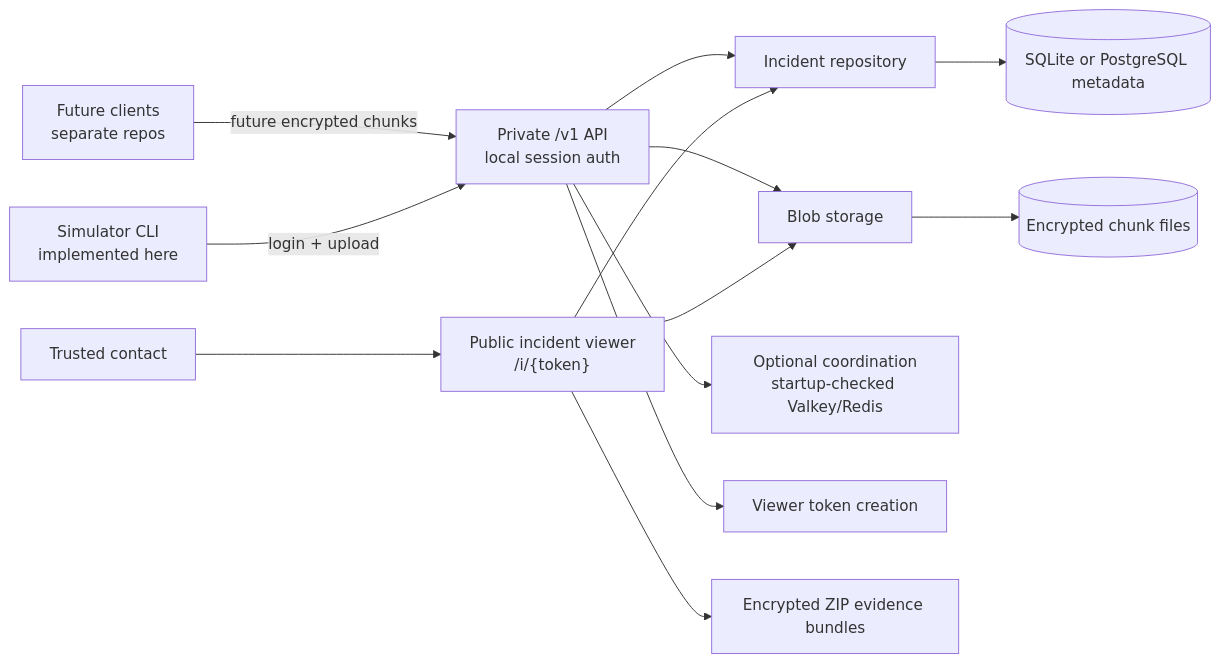
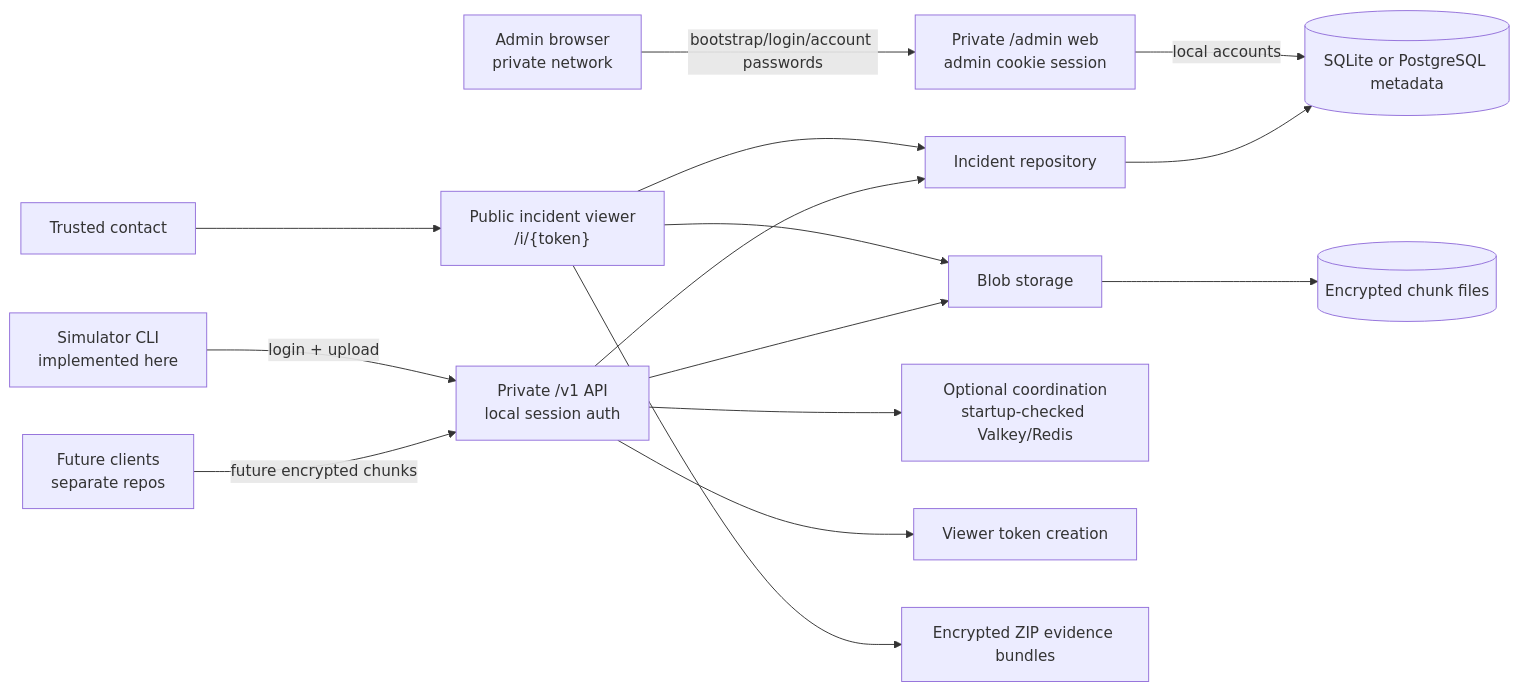
One commit to open-proofline/server changed the first of 4 diagrams in docs/architecture.md. Above: the diagram before and after it, drawn with Mermaid. The commit also changed other lines of this file and 19 other files, not shown here.

Commit message:
Add private admin web interface

````diff
--- a/docs/architecture.md
+++ b/docs/architecture.md
@@ -18,15 +18,17 @@
 ```mermaid
 flowchart LR
     FutureClients["Future clients<br/>separate repos"] -->|"future encrypted chunks"| PrivateAPI["Private /v1 API<br/>local session auth"]
+    Operator["Admin browser<br/>private network"] -->|"bootstrap/login/account passwords"| AdminWeb["Private /admin web<br/>admin cookie session"]
     Simulator["Simulator CLI<br/>implemented here"] -->|"login + upload"| PrivateAPI
     PrivateAPI --> Repo["Incident repository"]
     Repo --> DB[(SQLite or PostgreSQL metadata)]
+    AdminWeb -->|"local accounts"| DB
     PrivateAPI --> Store["Blob storage"]
     Store --> Files[(Encrypted chunk files)]
     PrivateAPI --> Coord["Optional coordination<br/>startup-checked Valkey/Redis"]
     PrivateAPI --> Token["Viewer token creation"]
     Contact["Trusted contact"] --> Viewer["Public incident viewer<br/>/i/{token}"]
     Viewer --> Repo
     Viewer --> Store
     Viewer --> Bundle["Encrypted ZIP evidence bundles"]
 ```
````
